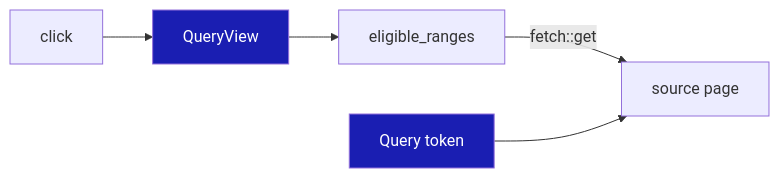
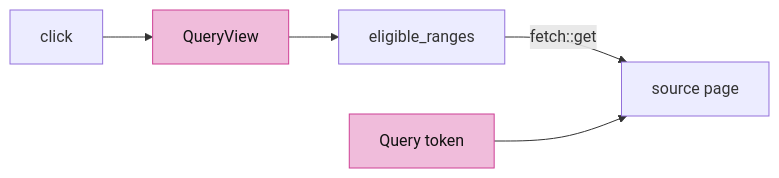
Before and after one commit to petrasvestartas/session: the fourth of 8 diagrams in session_viewer/docs/13-controls.md, drawn with Mermaid. The commit also changed other lines of this file and 23 other files, not shown here.

Commit message:
Course: Mermaid nodes white with black text, highlighted nodes pink, white arrows and edge labels on the black ground

````diff
--- a/session_viewer/docs/13-controls.md
+++ b/session_viewer/docs/13-controls.md
@@ -59,7 +59,7 @@
 ```mermaid
 flowchart LR
     K["click"] --> V["QueryView"] --> E["eligible_ranges"] -- "fetch::get" --> P["source page"]
     Q["Query token"] --> P
-    style V fill:#1a1eb2,color:#fff
-    style Q fill:#1a1eb2,color:#fff
+    style V fill:#f0bcdb,stroke:#ce4095,color:#111
+    style Q fill:#f0bcdb,stroke:#ce4095,color:#111
 ```
````
